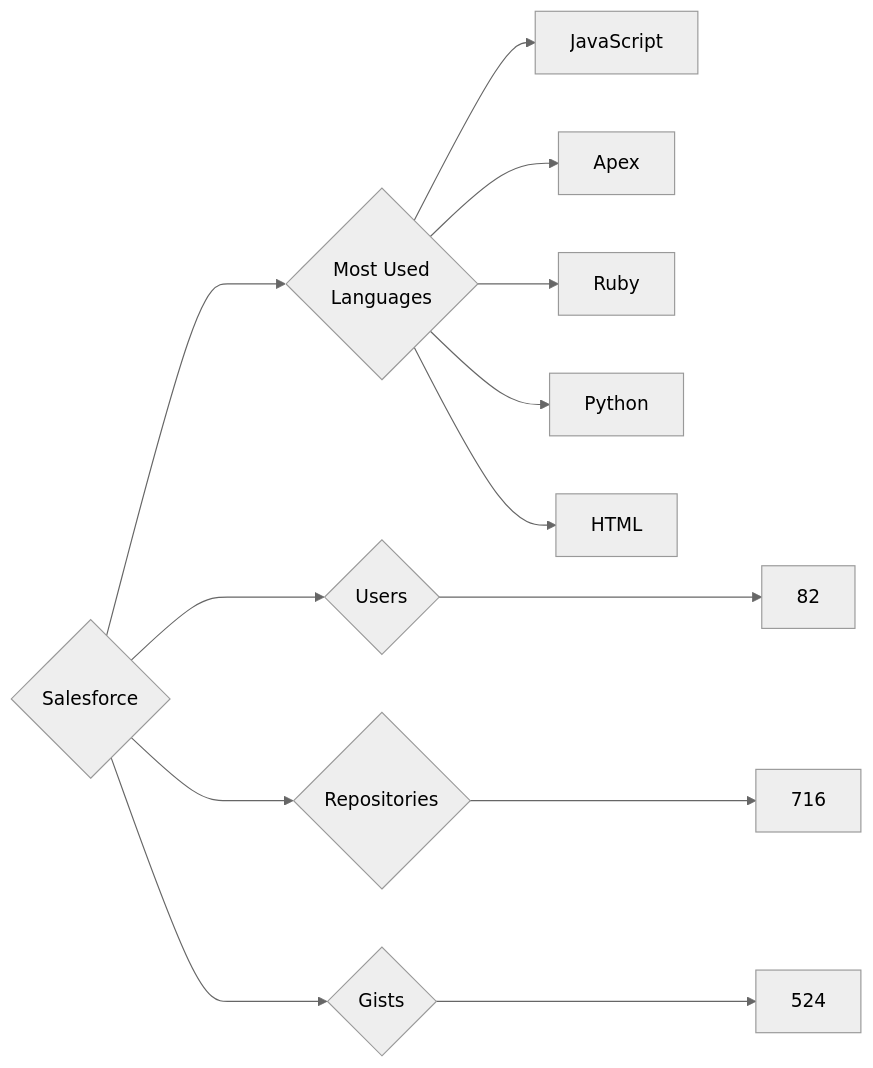
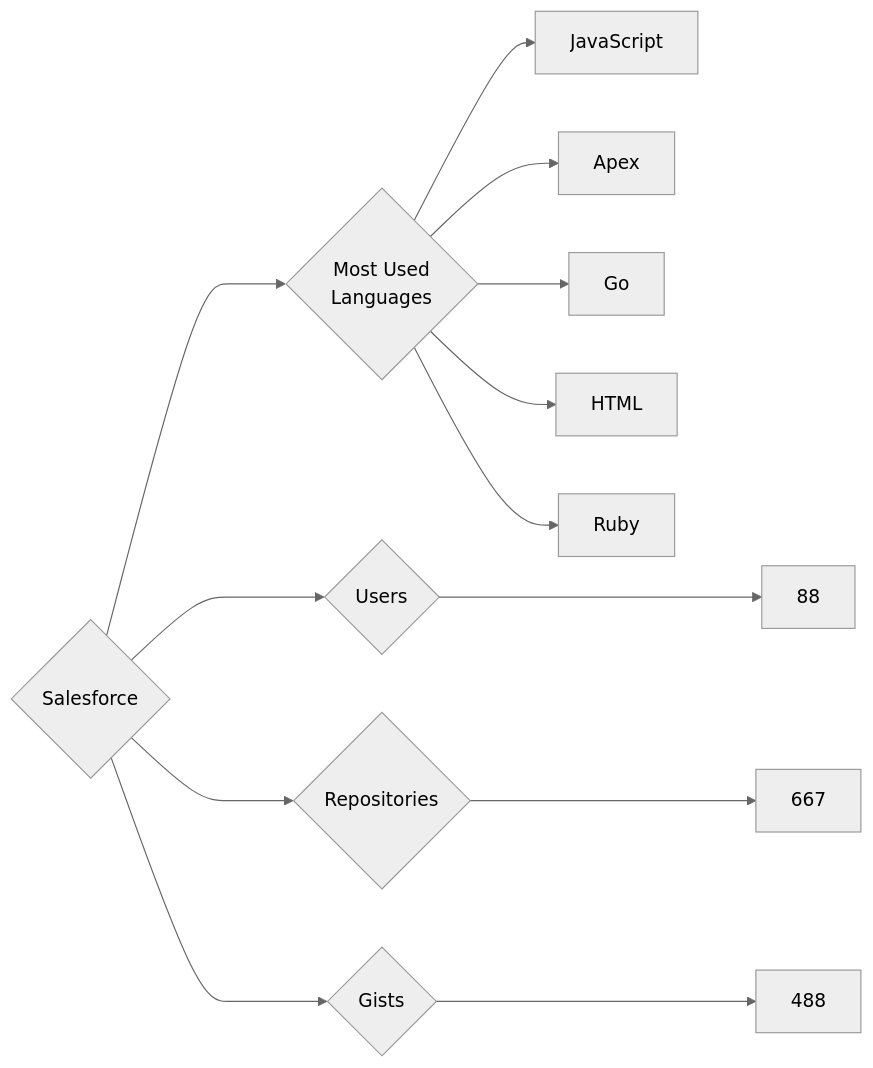
The diagram in targets/Salesforce/README.md (trickest/insiders), drawn with Mermaid (neutral theme) before and after one commit. The commit also changed 953 other files, not shown here.

````diff
--- a/targets/Salesforce/README.md
+++ b/targets/Salesforce/README.md
@@ -3,13 +3,13 @@
 ```mermaid
 graph LR
 COMPANY_NAME{Salesforce}
-COMPANY_NAME ---> U{Users} ---> UN[82]
-COMPANY_NAME ---> R{Repositories} ---> RN[716]
-COMPANY_NAME ---> G{Gists} ---> GN[524]
+COMPANY_NAME ---> U{Users} ---> UN[88]
+COMPANY_NAME ---> R{Repositories} ---> RN[667]
+COMPANY_NAME ---> G{Gists} ---> GN[488]
 COMPANY_NAME ---> ML{Most Used<br>Languages}
 ML --> JavaScript[JavaScript]
 ML --> Apex[Apex]
+ML --> Go[Go]
+ML --> HTML[HTML]
 ML --> Ruby[Ruby]
-ML --> Python[Python]
-ML --> HTML[HTML]
 ```
````
